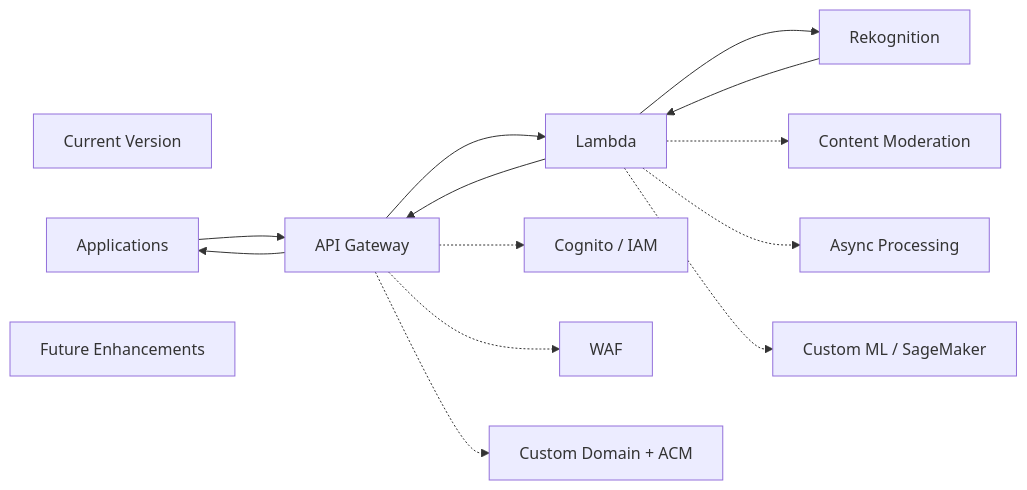
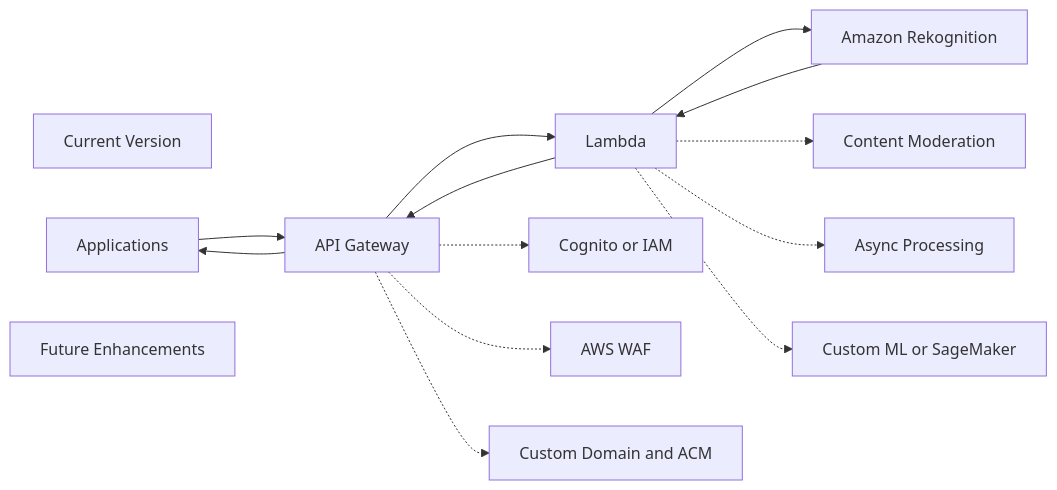
Before and after one commit to aliaagamall/cloud-projects: diagram 12 of 12 in 02-image-analyzer/docs/architecture.md, drawn with Mermaid. The commit also changed other lines of this file, not shown here.

Commit message:
fix(architecture): correct GitHub Mermaid diagrams

````diff
--- a/02-image-analyzer/docs/architecture.md
+++ b/02-image-analyzer/docs/architecture.md
@@ -469,28 +481,32 @@
 ```mermaid
 flowchart LR
-    CURRENT[Current Version]
+    CURRENT["Current Version"]
 
-    CLIENT1[Applications]
-    API1[API Gateway]
-    LAMBDA1[Lambda]
-    REK1[Rekognition]
+    CLIENT1["Applications"]
+    API1["API Gateway"]
+    LAMBDA1["Lambda"]
+    REK1["Amazon Rekognition"]
 
-    CLIENT1 --> API1 --> LAMBDA1 --> REK1
-    REK1 --> LAMBDA1 --> API1 --> CLIENT1
+    CLIENT1 --> API1
+    API1 --> LAMBDA1
+    LAMBDA1 --> REK1
+    REK1 --> LAMBDA1
+    LAMBDA1 --> API1
+    API1 --> CLIENT1
 
-    FUTURE[Future Enhancements]
+    FUTURE["Future Enhancements"]
 
-    AUTH[Cognito / IAM]
-    WAF[WAF]
-    MOD[Content Moderation]
-    ASYNC[Async Processing]
-    CUSTOM[Custom ML / SageMaker]
-    DOMAIN[Custom Domain + ACM]
+    AUTH["Cognito or IAM"]
+    WAF["AWS WAF"]
+    MOD["Content Moderation"]
+    ASYNC["Async Processing"]
+    CUSTOM["Custom ML or SageMaker"]
+    DOMAIN["Custom Domain and ACM"]
 
     API1 -.-> AUTH
     API1 -.-> WAF
     LAMBDA1 -.-> MOD
     LAMBDA1 -.-> ASYNC
     LAMBDA1 -.-> CUSTOM
     API1 -.-> DOMAIN
 ```
````
